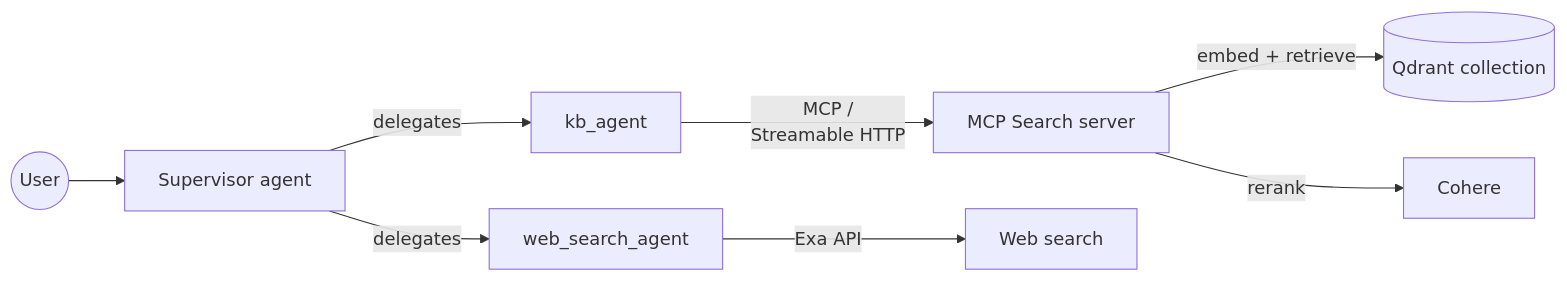
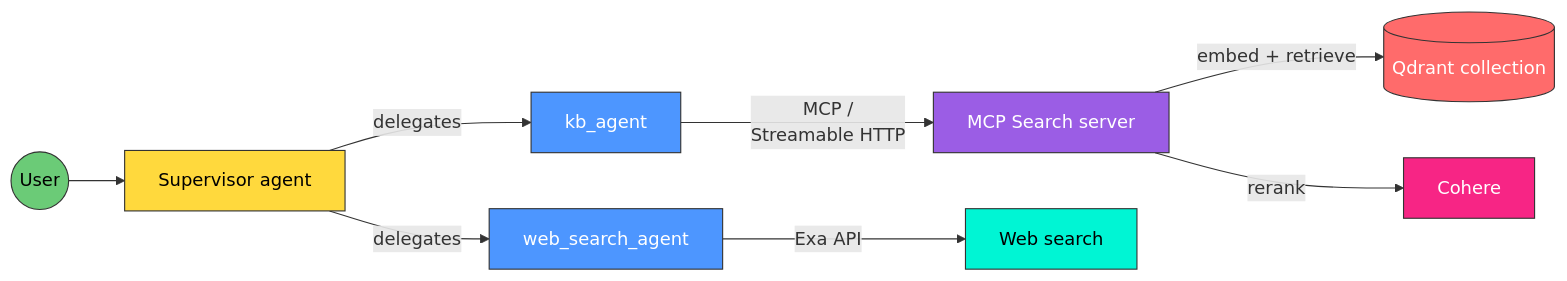
One commit to yaseen9133ai/multi-agent-rag-search changed the second of 2 diagrams in README.md. Above: the diagram before and after it, drawn with Mermaid. The commit also changed other lines of this file, not shown here.

Commit message:
update README.md digrams

````diff
--- a/README.md
+++ b/README.md
@@ -26,10 +35,25 @@
 ```mermaid
 flowchart LR
     USER((User)) --> SUP[Supervisor agent]
     SUP -- delegates --> KB[kb_agent]
     SUP -- delegates --> WEB[web_search_agent]
     KB -- "MCP /<br/>Streamable HTTP" --> MCPS[MCP Search server]
     MCPS -- "embed + retrieve" --> QD[(Qdrant collection)]
     MCPS -- rerank --> COHERE[Cohere]
     WEB -- "Exa API" --> EXA[Web search]
+
+    classDef userc fill:#6BCB77,stroke:#333,stroke-width:1px,color:#000
+    classDef supc fill:#FFD93D,stroke:#333,stroke-width:1px,color:#000
+    classDef agentc fill:#4D96FF,stroke:#333,stroke-width:1px,color:#fff
+    classDef mcpc fill:#9B5DE5,stroke:#333,stroke-width:1px,color:#fff
+    classDef storec fill:#FF6B6B,stroke:#333,stroke-width:1px,color:#fff
+    classDef svcc fill:#F72585,stroke:#333,stroke-width:1px,color:#fff
+    classDef webc fill:#00F5D4,stroke:#333,stroke-width:1px,color:#000
+    class USER userc
+    class SUP supc
+    class KB,WEB agentc
+    class MCPS mcpc
+    class QD storec
+    class COHERE svcc
+    class EXA webc
 ```
````
